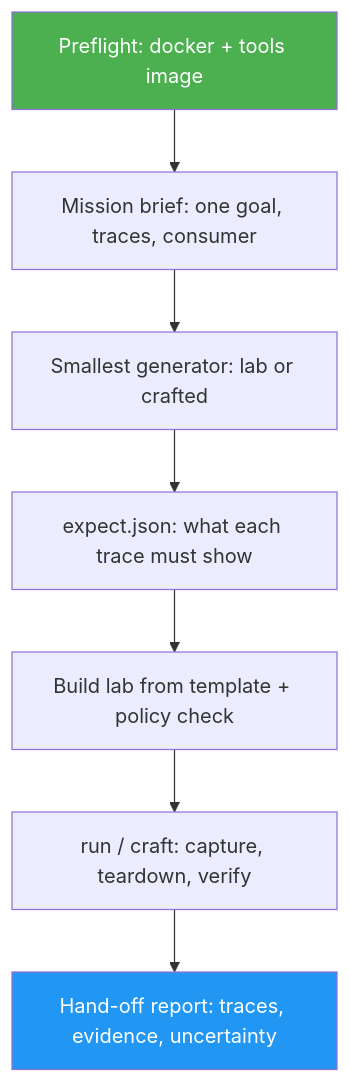
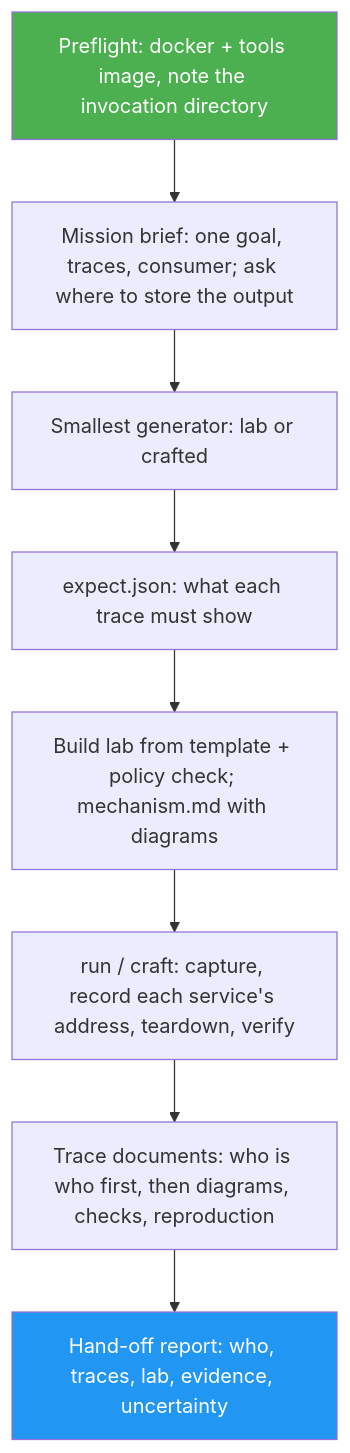
One commit to montimage-projects/cyberlab changed the first of 2 diagrams in skills/cyberlab/docs/README.md. Above: the diagram before and after it, drawn with Mermaid. The commit also changed other lines of this file and 15 other files, not shown here.

First line of the commit message:
feat(cyberlab): ask where to store output, Mermaid diagrams, who is who first (#13)

````diff
--- a/skills/cyberlab/docs/README.md
+++ b/skills/cyberlab/docs/README.md
@@ -31,11 +33,12 @@
 ```mermaid
 graph TD
-    A["Preflight: docker + tools image"] --> B["Mission brief: one goal, traces, consumer"]
+    A["Preflight: docker + tools image, note the invocation directory"] --> B["Mission brief: one goal, traces, consumer; ask where to store the output"]
     B --> C["Smallest generator: lab or crafted"]
     C --> D["expect.json: what each trace must show"]
-    D --> E["Build lab from template + policy check"]
-    E --> F["run / craft: capture, teardown, verify"]
-    F --> G["Hand-off report: traces, evidence, uncertainty"]
+    D --> E["Build lab from template + policy check; mechanism.md with diagrams"]
+    E --> F["run / craft: capture, record each service's address, teardown, verify"]
+    F --> G["Trace documents: who is who first, then diagrams, checks, reproduction"]
+    G --> H["Hand-off report: who, traces, lab, evidence, uncertainty"]
     style A fill:#4CAF50,color:#fff
-    style G fill:#2196F3,color:#fff
+    style H fill:#2196F3,color:#fff
 ```
````
